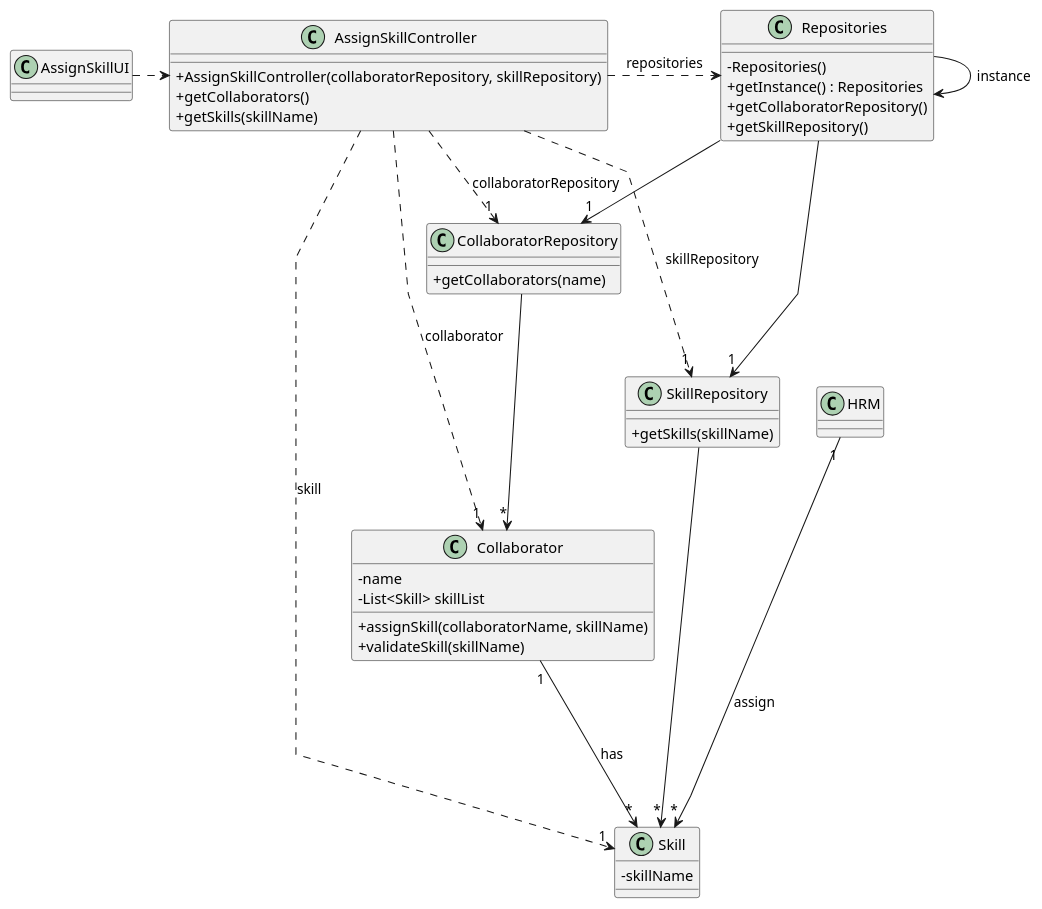
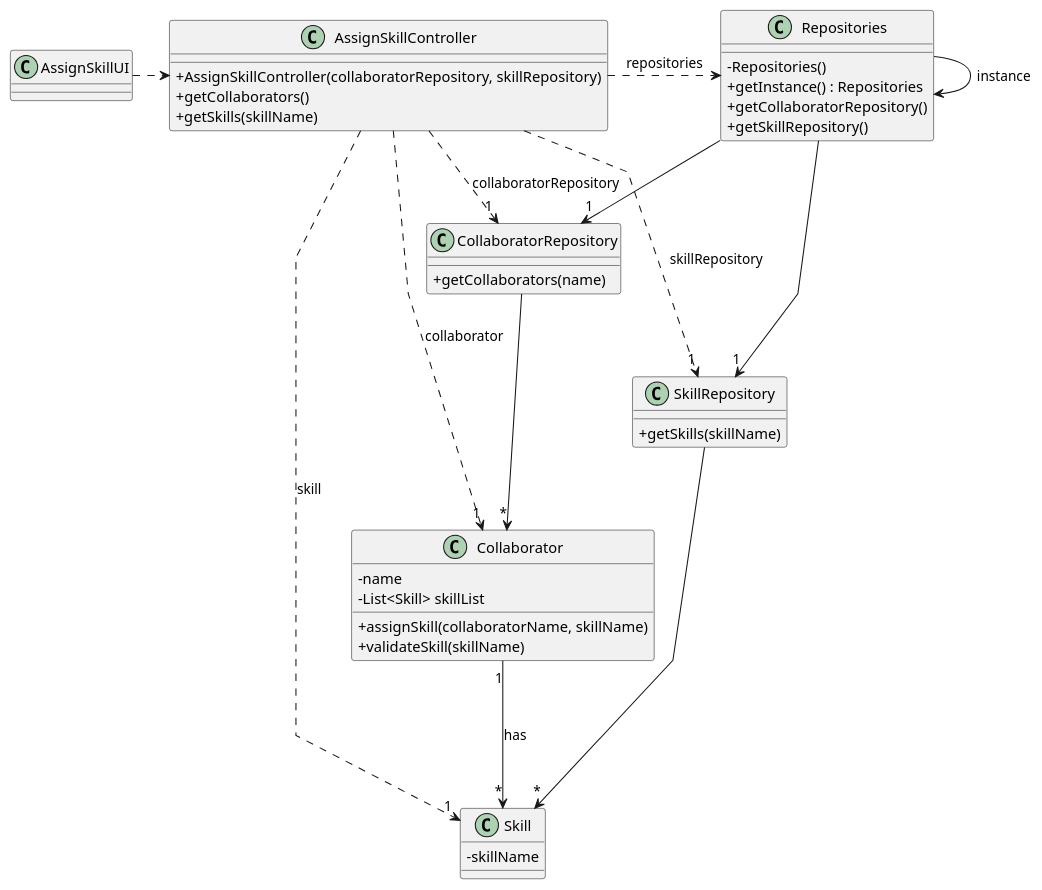
One commit to Departamento-de-Engenharia-Informatica/lei-24-s2-1dkl-g134 changed the diagram in docs/sprintB/us004/03.design/puml/us004-class-diagram.puml. Above: the diagram before and after it, drawn with PlantUML. The commit also changed 3 other files, not shown here.

```diff
--- a/docs/sprintB/us004/03.design/puml/us004-class-diagram.puml
+++ b/docs/sprintB/us004/03.design/puml/us004-class-diagram.puml
@@ -1,66 +1,63 @@
 @startuml
 'skinparam monochrome true
 skinparam packageStyle rectangle
 skinparam shadowing false
 skinparam linetype polyline
 'skinparam linetype orto
 
 skinparam classAttributeIconSize 0
 
 'left to right direction
 
 class AssignSkillUI{
 }
 
 
 class AssignSkillController{
     + AssignSkillController(collaboratorRepository, skillRepository)
     + getCollaborators()
     + getSkills(skillName)
  }
 
 class Repositories {
     - Repositories()
     + getInstance() : Repositories
     + getCollaboratorRepository()
     + getSkillRepository()
 }
 
 class CollaboratorRepository {
     + getCollaborators(name)
 }
 
 class SkillRepository {
     + getSkills(skillName)
 }
 
 class Skill{
     - skillName
 }
 
 class Collaborator{
     - name
     - List<Skill> skillList
     + assignSkill(collaboratorName, skillName)
     + validateSkill(skillName)
 }
 
-class HRM{
-}
 
 AssignSkillUI .> AssignSkillController
 AssignSkillController .> Repositories : repositories
 Repositories --> "1" SkillRepository
 Repositories --> "1" CollaboratorRepository
 Repositories -> Repositories : instance
 
 SkillRepository --> "*" Skill
 CollaboratorRepository --> "*" Collaborator
-HRM "1" ----> "*" Skill : assign
 AssignSkillController ....> "1" Collaborator : collaborator
 AssignSkillController ......> "1" Skill : skill
 Collaborator "1" --> "*" Skill : has
 AssignSkillController ..> "1" CollaboratorRepository : collaboratorRepository
 AssignSkillController ...> "1" SkillRepository : skillRepository
 
 @enduml
```
